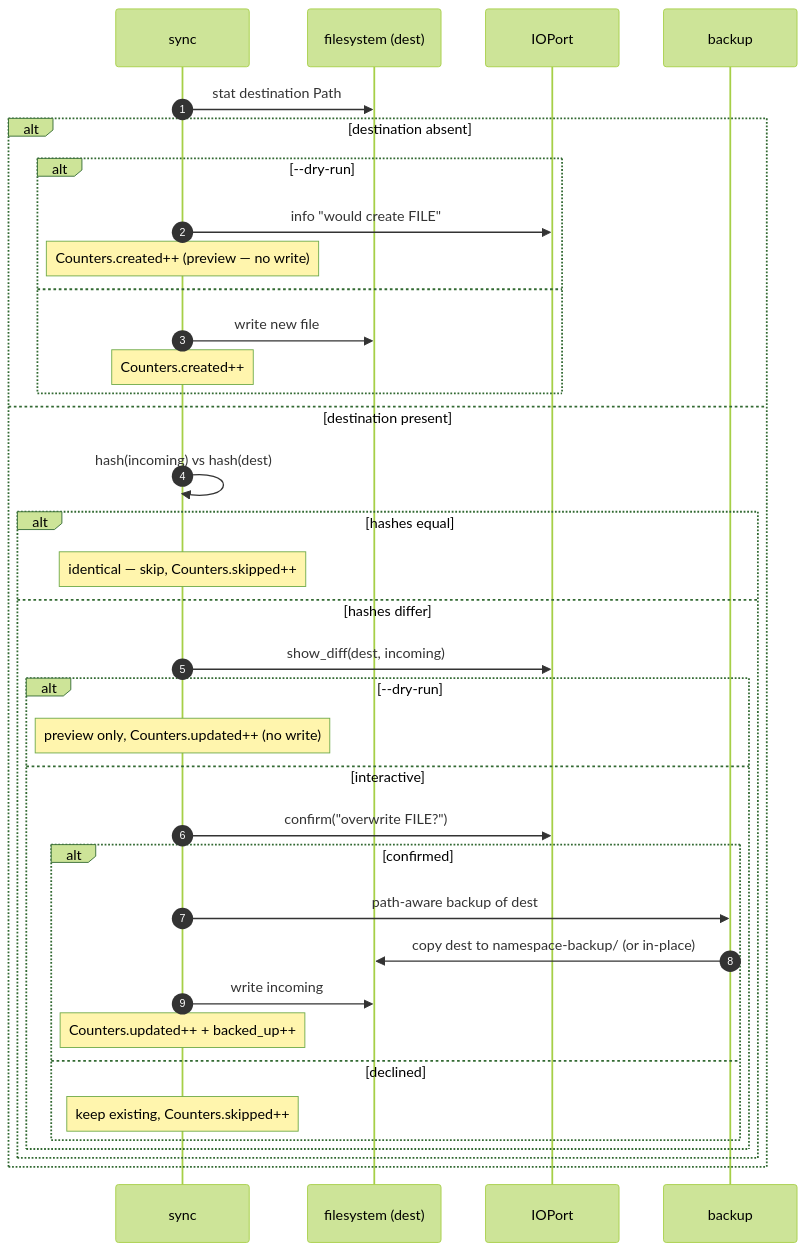
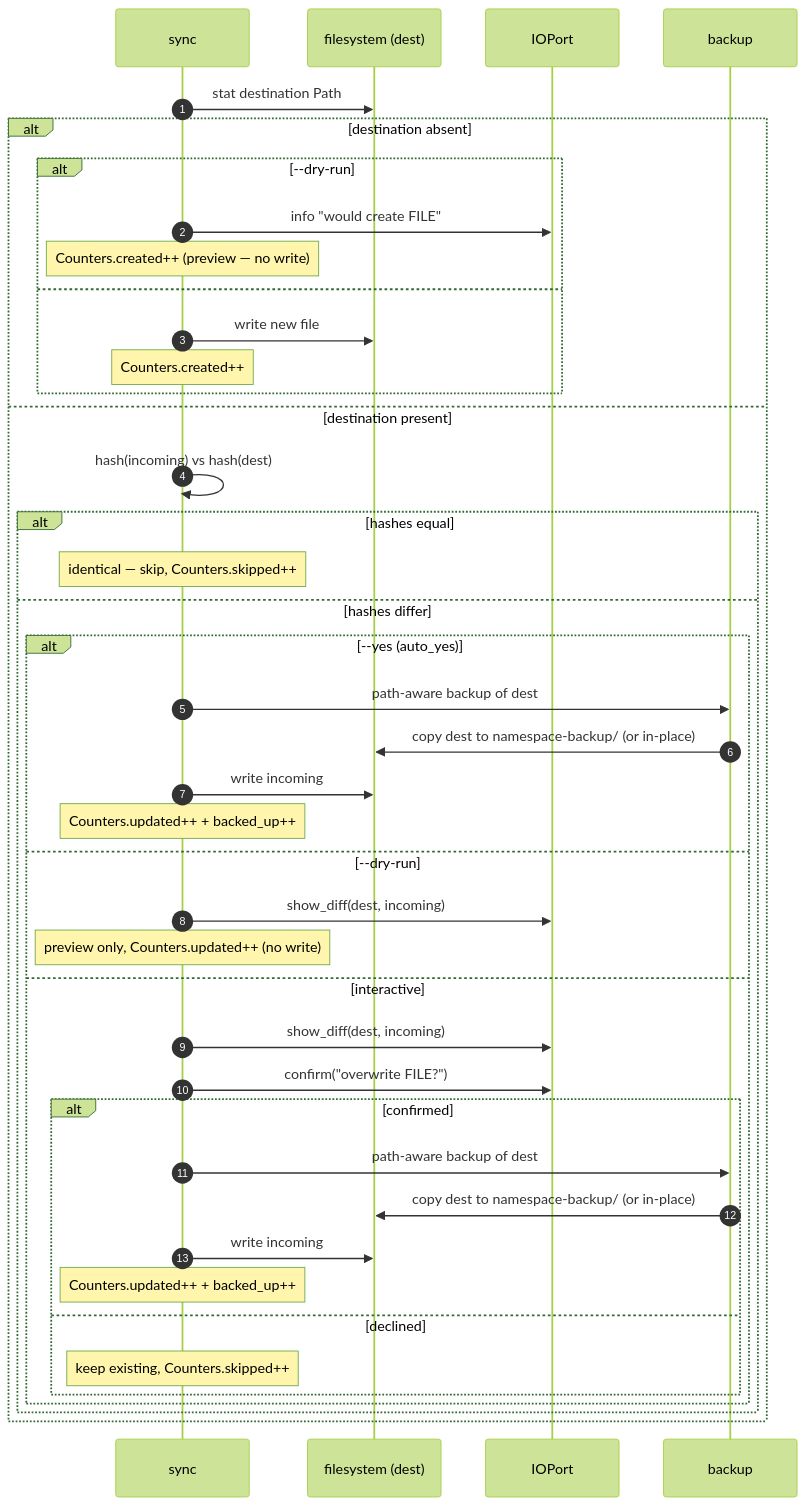
The third of 4 diagrams in docs/architecture/installer/sequences.md (scotthamilton77/agents-config), drawn with Mermaid (forest theme) before and after one commit. The commit also changed other lines of this file and 1 other file, not shown here.

First line of the commit message:
docs(installer-hld): add --yes/auto_yes to Config ER and sequence diagrams

````diff
--- a/docs/architecture/installer/sequences.md
+++ b/docs/architecture/installer/sequences.md
@@ -160,39 +160,45 @@
 ```mermaid
 sequenceDiagram
     autonumber
     participant Sync as sync
     participant FS as filesystem (dest)
     participant IO as IOPort
     participant Bak as backup
 
     Sync->>FS: stat destination Path
     alt destination absent
         alt --dry-run
             Sync->>IO: info "would create FILE"
             Note over Sync: Counters.created++ (preview — no write)
         else
             Sync->>FS: write new file
             Note over Sync: Counters.created++
         end
     else destination present
         Sync->>Sync: hash(incoming) vs hash(dest)
         alt hashes equal
             Note over Sync: identical — skip, Counters.skipped++
         else hashes differ
-            Sync->>IO: show_diff(dest, incoming)
-            alt --dry-run
+            alt --yes (auto_yes)
+                Sync->>Bak: path-aware backup of dest
+                Bak->>FS: copy dest to namespace-backup/ (or in-place)
+                Sync->>FS: write incoming
+                Note over Sync: Counters.updated++ + backed_up++
+            else --dry-run
+                Sync->>IO: show_diff(dest, incoming)
                 Note over Sync: preview only, Counters.updated++ (no write)
             else interactive
+                Sync->>IO: show_diff(dest, incoming)
                 Sync->>IO: confirm("overwrite FILE?")
                 alt confirmed
                     Sync->>Bak: path-aware backup of dest
                     Bak->>FS: copy dest to namespace-backup/ (or in-place)
                     Sync->>FS: write incoming
                     Note over Sync: Counters.updated++ + backed_up++
                 else declined
                     Note over Sync: keep existing, Counters.skipped++
                 end
             end
         end
     end
 ```
````
